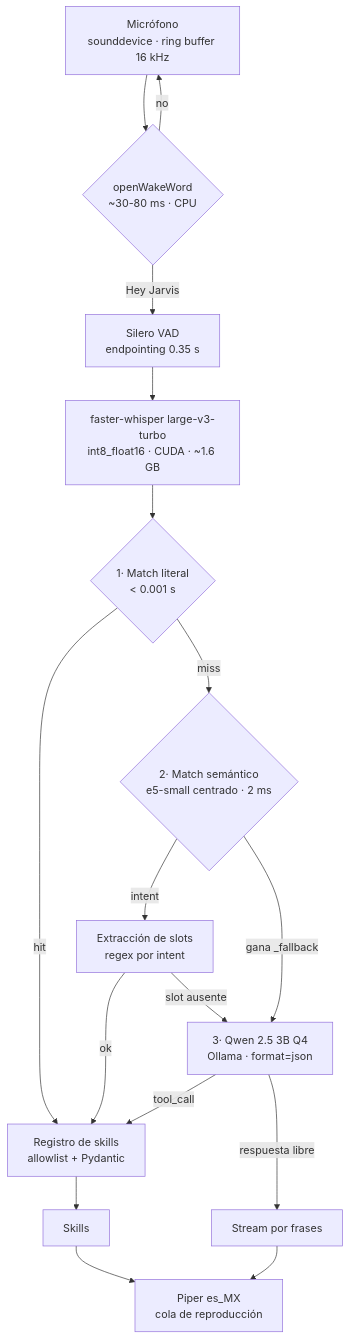
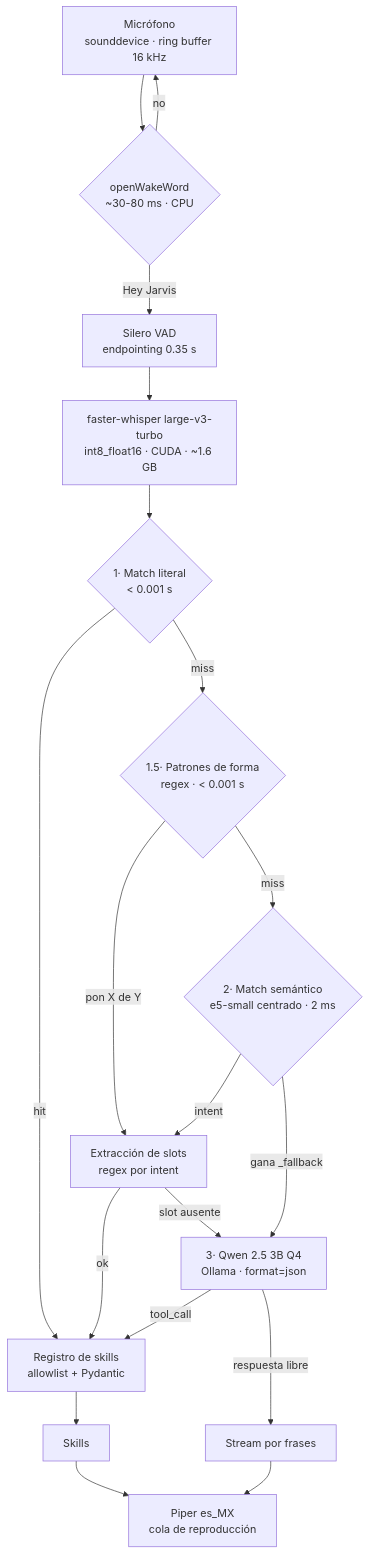
One commit to Moonsalve/asistente-local changed the diagram in ARCHITECTURE.md. Above: the diagram before and after it, drawn with Mermaid. The commit also changed other lines of this file and 10 other files, not shown here.

````diff
--- a/ARCHITECTURE.md
+++ b/ARCHITECTURE.md
@@ -11,21 +11,23 @@
 ```mermaid
 flowchart TD
     MIC[Micrófono<br/>sounddevice · ring buffer 16 kHz] --> WW{openWakeWord<br/>~30-80 ms · CPU}
     WW -->|no| MIC
     WW -->|"Hey Jarvis"| VAD[Silero VAD<br/>endpointing 0.35 s]
     VAD --> STT[faster-whisper large-v3-turbo<br/>int8_float16 · CUDA · ~1.6 GB]
     STT --> R0{1· Match literal<br/>&lt; 0.001 s}
     R0 -->|hit| VAL
-    R0 -->|miss| R1{2· Match semántico<br/>e5-small centrado · 2 ms}
+    R0 -->|miss| RP{1.5· Patrones de forma<br/>regex · &lt; 0.001 s}
+    RP -->|"pon X de Y"| SLOT
+    RP -->|miss| R1{2· Match semántico<br/>e5-small centrado · 2 ms}
     R1 -->|intent| SLOT[Extracción de slots<br/>regex por intent]
     R1 -->|gana _fallback| LLM[3· Qwen 2.5 3B Q4<br/>Ollama · format=json]
 
     SLOT -->|ok| VAL[Registro de skills<br/>allowlist + Pydantic]
     SLOT -->|slot ausente| LLM
     LLM -->|tool_call| VAL
     LLM -->|respuesta libre| STREAM[Stream por frases]
 
     VAL --> SK[Skills]
     SK --> TTS[Piper es_MX<br/>cola de reproducción]
     STREAM --> TTS
 ```
````
